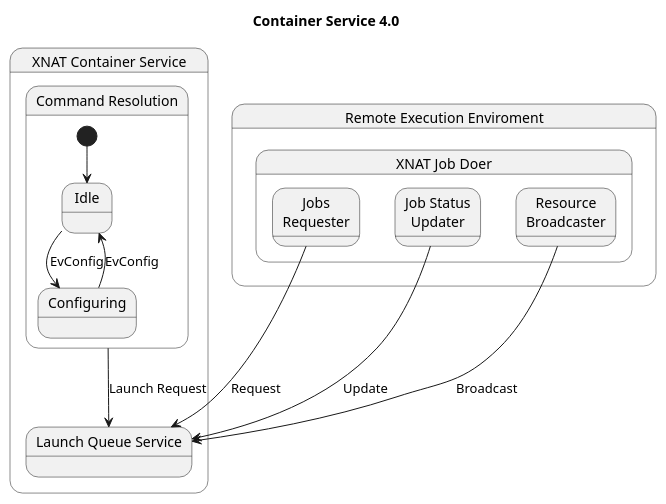
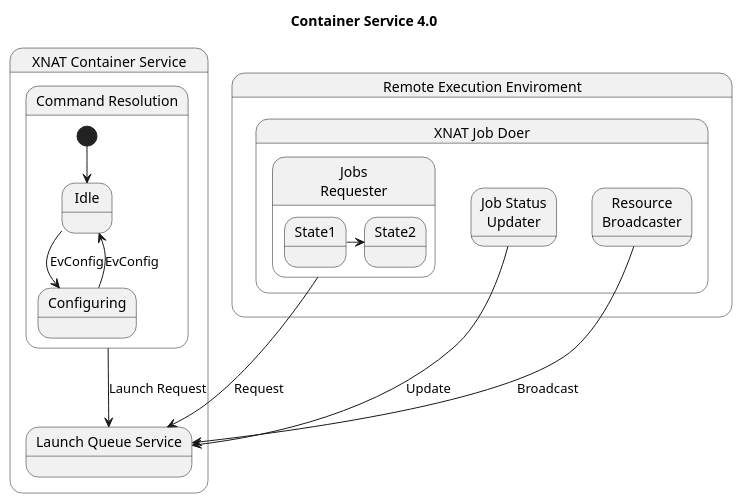
Before and after one commit to kelseym/xnat_diagrams: the diagram in CS4-state.puml, drawn with PlantUML. The commit also changed 6 other files, not shown here.

Commit message:
Added C4 style diagrams

```diff
--- a/CS4-state.puml
+++ b/CS4-state.puml
@@ -1,37 +1,38 @@
 @startuml
 'https://plantuml.com/state-diagram
 
 title Container Service 4.0
 
 
 state "XNAT Container Service" as xcs {
     state "Command Resolution" as res {
       [*] --> Idle
       Idle --> Configuring : EvConfig
       Configuring --> Idle : EvConfig
     }
 
     res --> lqs : Launch Request
 
     state "Launch Queue Service" as lqs {
     }
 }
 
 state "Remote Execution Enviroment" as ree {
 
   state "XNAT Job Doer" as xjd {
      state "Jobs\nRequester" as jr {
+        State1 -> State2
      }
 
      state "Job Status\nUpdater" as jsu {
      }
 
      state "Resource\nBroadcaster" as rb {
      }
   }
 }
 rb --> lqs : Broadcast
 jr --> lqs : Request
 jsu --> lqs : Update
 
 @enduml
```
